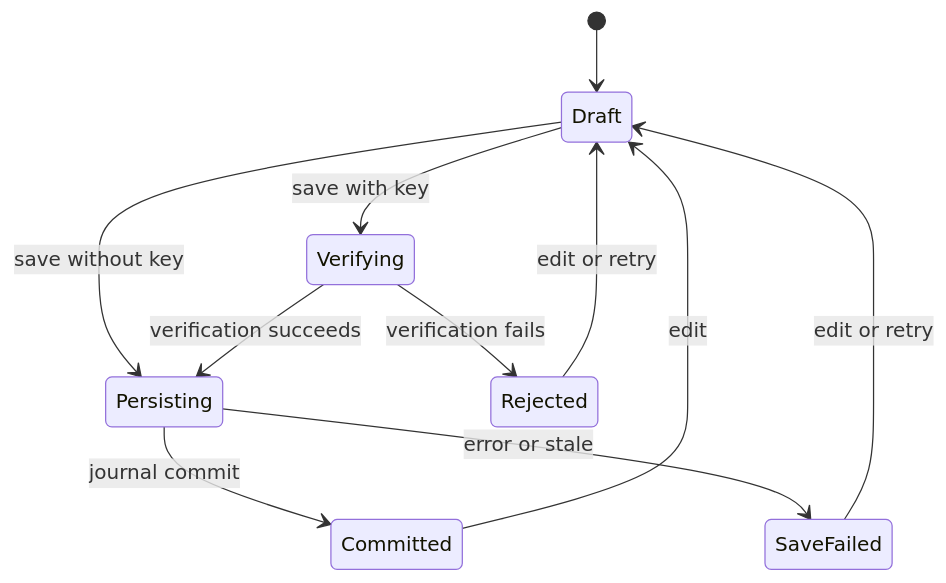
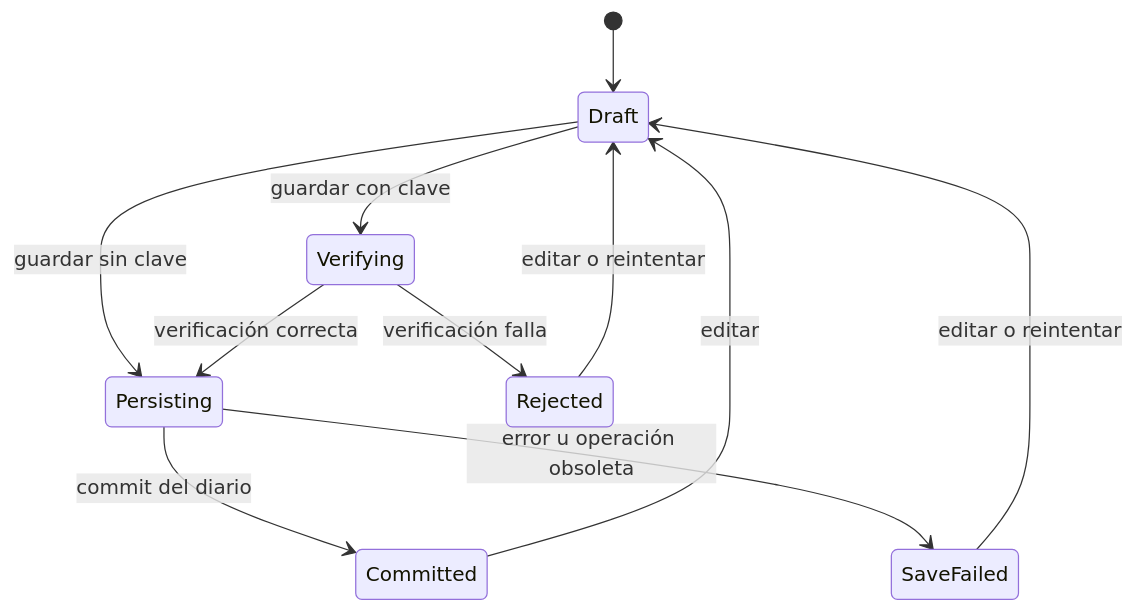
The first of 2 diagrams in openwiki/agent/provider-configuration.md (maximofn/gymnasia), drawn with Mermaid before and after one commit. The commit also changed other lines of this file and 55 other files, not shown here.

````diff
--- a/openwiki/agent/provider-configuration.md
+++ b/openwiki/agent/provider-configuration.md
@@ -97,13 +93,13 @@
 ```mermaid
 stateDiagram-v2
     [*] --> Draft
-    Draft --> Verifying: save with key
-    Draft --> Persisting: save without key
-    Verifying --> Rejected: verification fails
-    Verifying --> Persisting: verification succeeds
-    Persisting --> Committed: journal commit
-    Persisting --> SaveFailed: error or stale
-    Rejected --> Draft: edit or retry
-    SaveFailed --> Draft: edit or retry
-    Committed --> Draft: edit
+    Draft --> Verifying: guardar con clave
+    Draft --> Persisting: guardar sin clave
+    Verifying --> Rejected: verificación falla
+    Verifying --> Persisting: verificación correcta
+    Persisting --> Committed: commit del diario
+    Persisting --> SaveFailed: error u operación obsoleta
+    Rejected --> Draft: editar o reintentar
+    SaveFailed --> Draft: editar o reintentar
+    Committed --> Draft: editar
 ```
````
